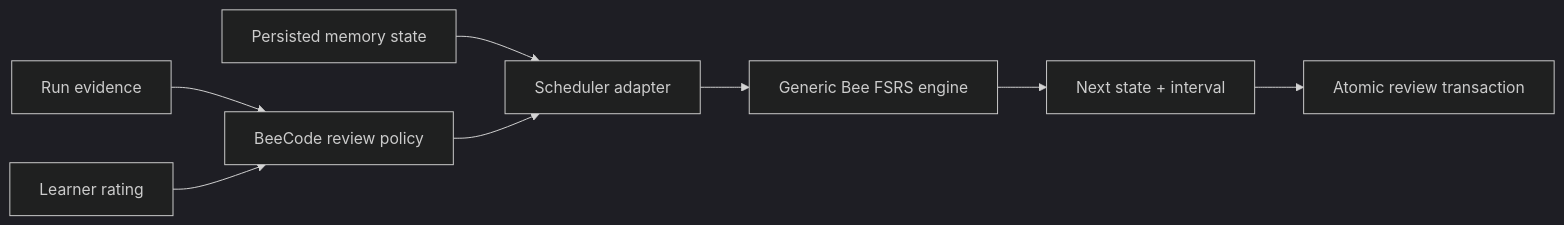
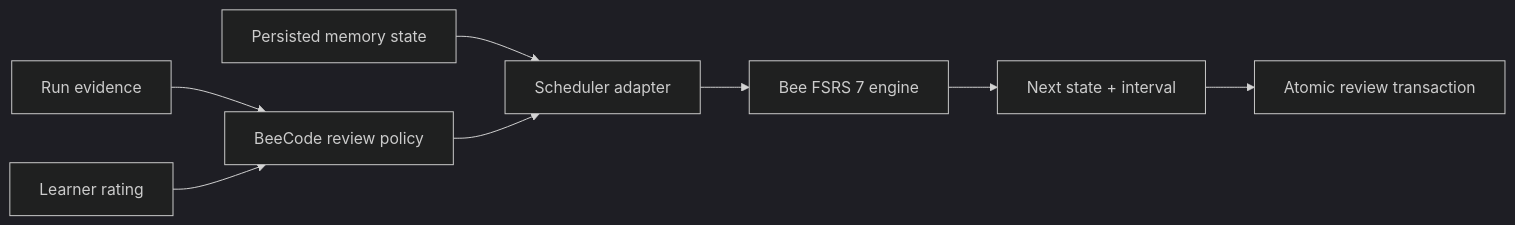
The first of 2 diagrams in goals/04-reviews-and-fsrs.md (bee-san/BeeCode), drawn with Mermaid (dark theme) before and after one commit. The commit also changed other lines of this file and 11 other files, not shown here.

````diff
--- a/goals/04-reviews-and-fsrs.md
+++ b/goals/04-reviews-and-fsrs.md
@@ -12,10 +12,10 @@
 ```mermaid
 flowchart LR
     Evidence["Run evidence"] --> Policy["BeeCode review policy"]
     Rating["Learner rating"] --> Policy
     Previous["Persisted memory state"] --> Adapter["Scheduler adapter"]
     Policy --> Adapter
-    Adapter --> Engine["Generic Bee FSRS engine"]
+    Adapter --> Engine["Bee FSRS 7 engine"]
     Engine --> Decision["Next state + interval"]
     Decision --> Transaction["Atomic review transaction"]
 ```
````
